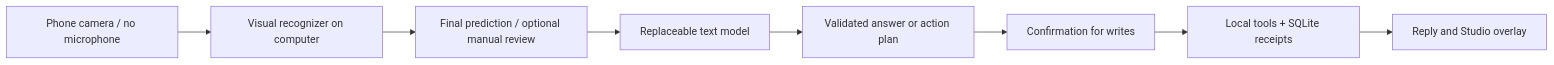
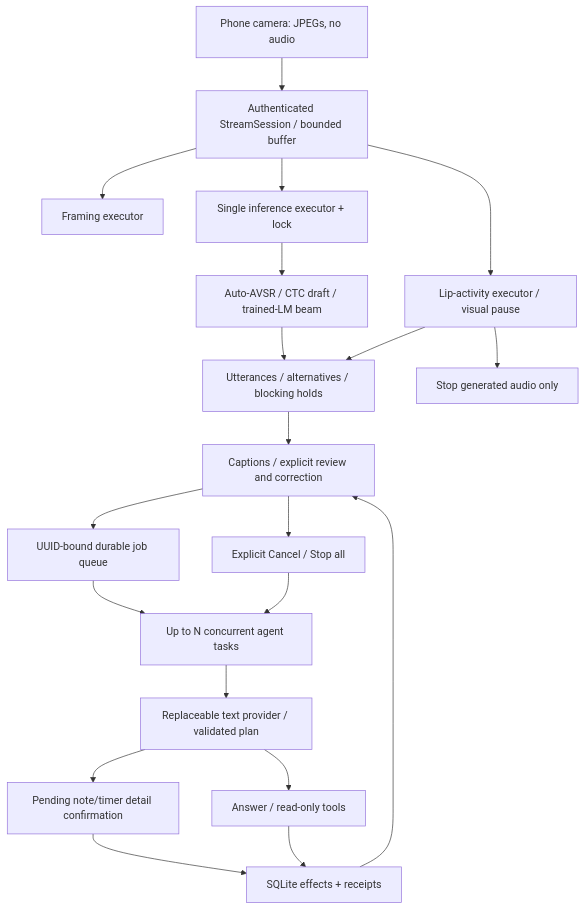
Before and after one commit to mahmoudomarus/lipreading-: the diagram in README.md, drawn with Mermaid. The commit also changed other lines of this file and 14 other files, not shown here.

````diff
--- a/README.md
+++ b/README.md
@@ -52,10 +296,22 @@
 ```mermaid
-flowchart LR
-    Camera[Phone camera / no microphone] --> Reader[Visual recognizer on computer]
-    Reader --> Review[Final prediction / optional manual review]
-    Review --> Model[Replaceable text model]
-    Model --> Plan[Validated answer or action plan]
-    Plan --> Confirm[Confirmation for writes]
-    Confirm --> Tools[Local tools + SQLite receipts]
-    Tools --> UI[Reply and Studio overlay]
+flowchart TD
+    Camera[Phone camera: JPEGs, no audio] --> Socket[Authenticated StreamSession / bounded buffer]
+    Socket --> Quality[Framing executor]
+    Socket --> Mouth[Lip-activity executor / visual pause]
+    Socket --> Inference[Single inference executor + lock]
+    Inference --> Decoder[Auto-AVSR / CTC draft / trained-LM beam]
+    Decoder --> Assembly[Utterances / alternatives / blocking holds]
+    Mouth --> Assembly
+    Assembly --> UI[Captions / explicit review and correction]
+    UI --> Queue[UUID-bound durable job queue]
+    Queue --> Workers[Up to N concurrent agent tasks]
+    Workers --> Provider[Replaceable text provider / validated plan]
+    Provider --> Read[Answer / read-only tools]
+    Provider --> Confirm[Pending note/timer detail confirmation]
+    Confirm --> Store[SQLite effects + receipts]
+    Read --> Store
+    Store --> UI
+    UI --> Cancel[Explicit Cancel / Stop all]
+    Cancel --> Workers
+    Mouth --> Audio[Stop generated audio only]
 ```
````
